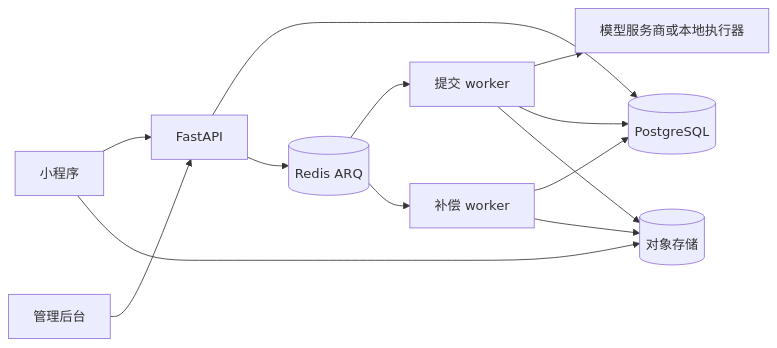
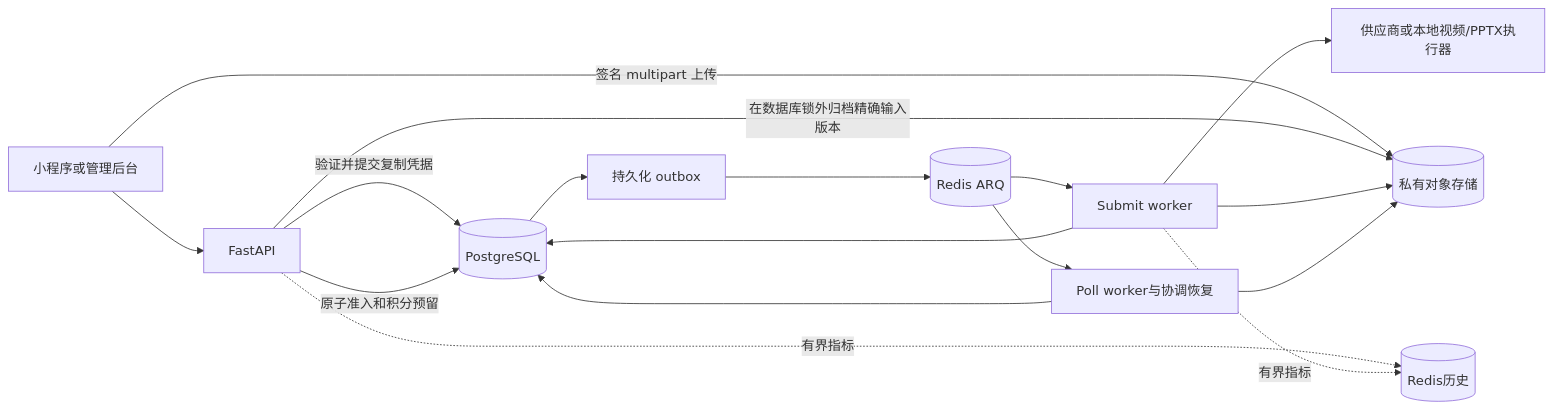
Before and after one commit to Orientation-CD/docs: the diagram in zh/backend/architecture.md, drawn with Mermaid. The commit also changed other lines of this file and 187 other files, not shown here.

````diff
--- a/zh/backend/architecture.md
+++ b/zh/backend/architecture.md
@@ -5,15 +5,19 @@
 ```mermaid
 flowchart LR
-  Client[小程序] --> API[FastAPI]
-  Admin[管理后台] --> API
-  API --> DB[(PostgreSQL)]
-  API --> Queue[(Redis ARQ)]
-  Client --> Store[(对象存储)]
-  Queue --> Submit[提交 worker]
-  Queue --> Poll[补偿 worker]
-  Submit --> Provider[模型服务商或本地执行器]
-  Submit --> DB
-  Submit --> Store
-  Poll --> DB
-  Poll --> Store
+  UI[小程序或管理后台] --> API[FastAPI]
+  UI -->|签名 multipart 上传| S[(私有对象存储)]
+  API -->|验证并提交复制凭据| DB[(PostgreSQL)]
+  API -->|在数据库锁外归档精确输入版本| S
+  API -->|原子准入和积分预留| DB
+  DB --> O[持久化 outbox]
+  O --> R[(Redis ARQ)]
+  R --> W[Submit worker]
+  W --> P[供应商或本地视频/PPTX执行器]
+  W --> S
+  W --> DB
+  R --> C[Poll worker与协调恢复]
+  C --> DB
+  C --> S
+  API -. 有界指标 .-> H[(Redis历史)]
+  W -. 有界指标 .-> H
 ```
````
